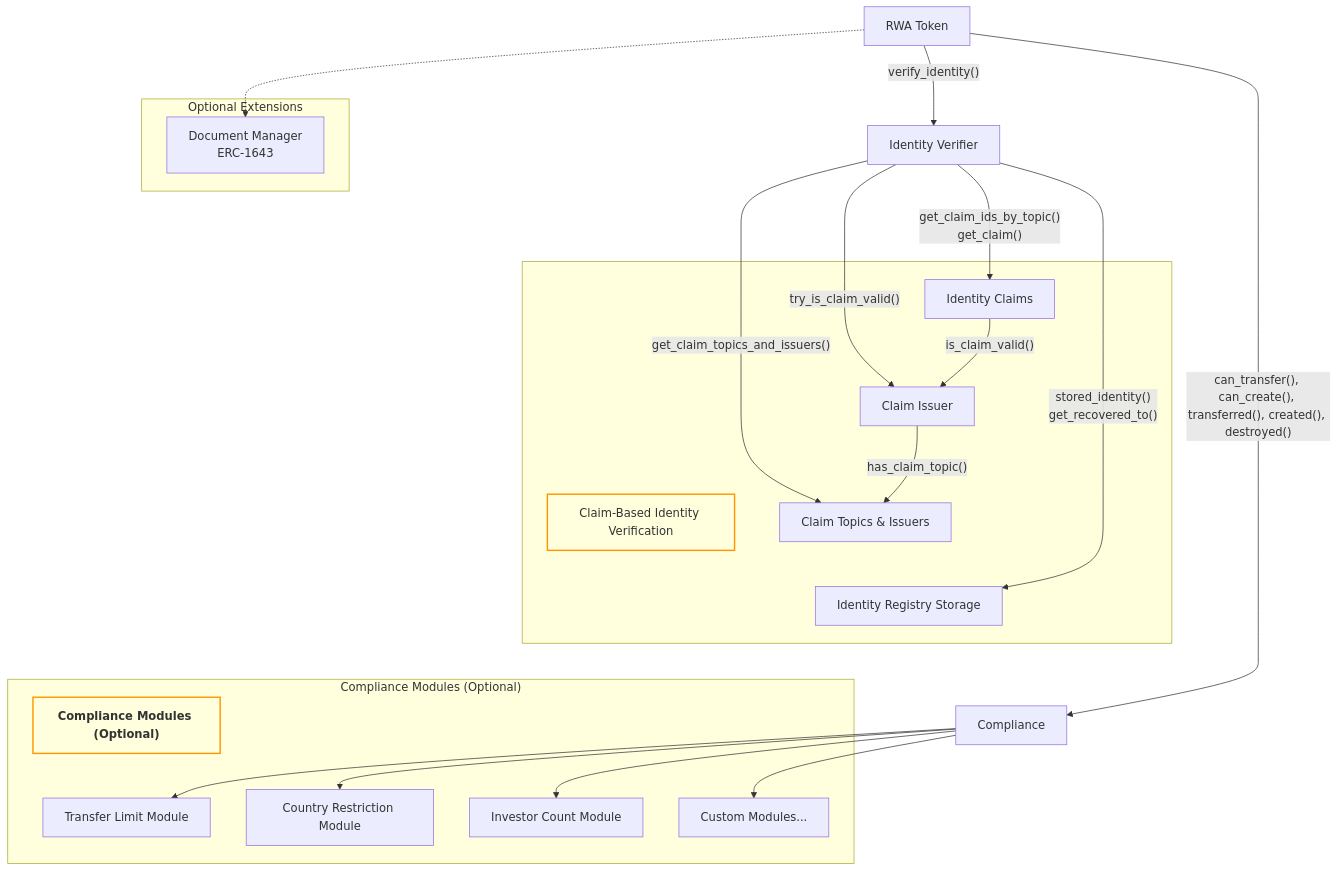
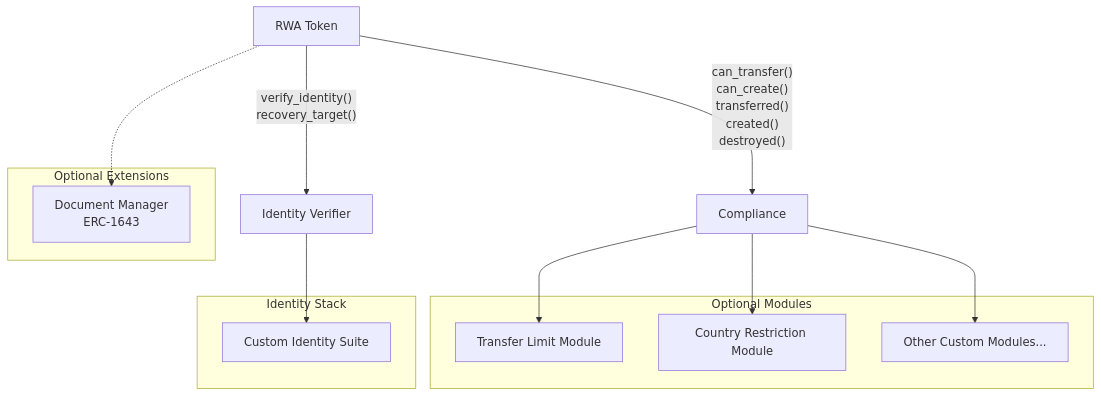
Before and after one commit to OpenZeppelin/docs: the first of 3 diagrams in content/stellar-contracts/tokens/rwa/rwa.mdx, drawn with Mermaid.

Commit message:
better mermaid diagrams

````diff
--- a/content/stellar-contracts/tokens/rwa/rwa.mdx
+++ b/content/stellar-contracts/tokens/rwa/rwa.mdx
@@ -35,55 +35,33 @@
 ```mermaid
 graph TB
 
     RWA[RWA Token]
     COMP[Compliance]
     IDV[Identity Verifier]
 
-    subgraph "Compliance Modules (Optional)"
+    subgraph "Optional Modules"
         CM1[Transfer Limit Module]
         CM2[Country Restriction Module]
-        CM3[Investor Count Module]
-        CM4[Custom Modules...]
-
-        CM_TITLE["<b>Compliance Modules (Optional)</b>"]
-        CM_TITLE ~~~ CM1
+        CM3[Other Custom Modules...]
     end
-
-    subgraph " "
-        CTI[Claim Topics & Issuers]
-        IRS[Identity Registry Storage]
-        CI[Claim Issuer]
-        IC[Identity Claims]
-
-        IV_TITLE["Claim-Based Identity Verification"]
-        IV_TITLE ~~~ IRS
-    end
-
-
-
-    CTI ~~~ IRS ~~~ COMP
 
     subgraph "Optional Extensions"
         DM[Document Manager<br/>ERC-1643]
     end
 
-    RWA -->|"can_transfer(), can_create(), transferred(), created(), destroyed()"| COMP
-    RWA -->|"verify_identity()"| IDV
+    IDV --> IVS
+
+
+
+    subgraph "Identity Stack"
+        IVS[Custom Identity Suite]
+    end
+
+    RWA -->|"can_transfer()<br/>can_create()<br/>transferred()<br/>created()<br/>destroyed()"| COMP
+    RWA -->|"verify_identity()<br/>recovery_target()"| IDV
     RWA -.-> DM
 
     COMP --> CM1
     COMP --> CM2
     COMP --> CM3
-    COMP --> CM4
-
-    IDV -->|"get_claim_topics_and_issuers()"| CTI
-    IDV -->|"stored_identity()<br/>get_recovered_to()"| IRS
-    IDV -->|"try_is_claim_valid()"| CI
-    IDV -->|"get_claim_ids_by_topic()<br/>get_claim()"| IC
-
-    CI --> |"has_claim_topic()"| CTI
-    IC --> |"is_claim_valid()"| CI
-
-    style CM_TITLE fill:none,stroke:#ff9800,stroke-width:2px
-    style IV_TITLE fill:none,stroke:#ff9800,stroke-width:2px
 ```
````
